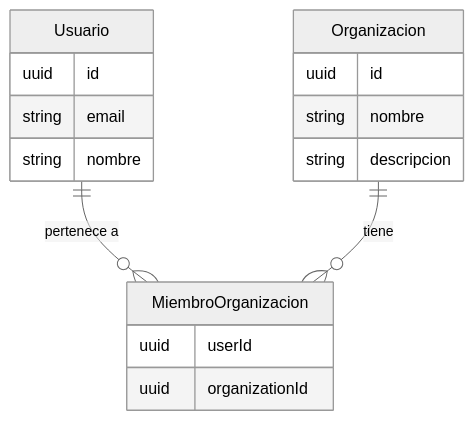
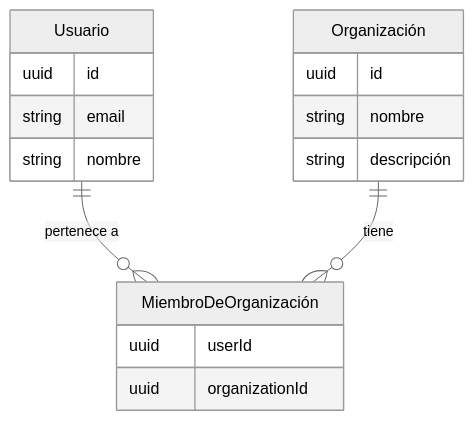
The second of 7 diagrams in i18n/es/docusaurus-plugin-content-docs/current/use-cases/multi-tenancy/build-multi-tenant-saas-application.mdx (logto-io/docs), drawn with Mermaid (neutral theme) before and after one commit. The commit also changed other lines of this file and 74 other files, not shown here.

````diff
--- a/i18n/es/docusaurus-plugin-content-docs/current/use-cases/multi-tenancy/build-multi-tenant-saas-application.mdx
+++ b/i18n/es/docusaurus-plugin-content-docs/current/use-cases/multi-tenancy/build-multi-tenant-saas-application.mdx
@@ -206,20 +206,20 @@
 ```mermaid
 erDiagram
-    Usuario ||--o{ MiembroOrganizacion : "pertenece a"
-    Organizacion ||--o{ MiembroOrganizacion : "tiene"
+    Usuario ||--o{ MiembroDeOrganización : "pertenece a"
+    Organización ||--o{ MiembroDeOrganización : "tiene"
 
     Usuario {
         uuid id
         string email
         string nombre
     }
-    Organizacion {
+    Organización {
         uuid id
         string nombre
-        string descripcion
+        string descripción
     }
-    MiembroOrganizacion {
+    MiembroDeOrganización {
         uuid userId
         uuid organizationId
     }
 ```
````
